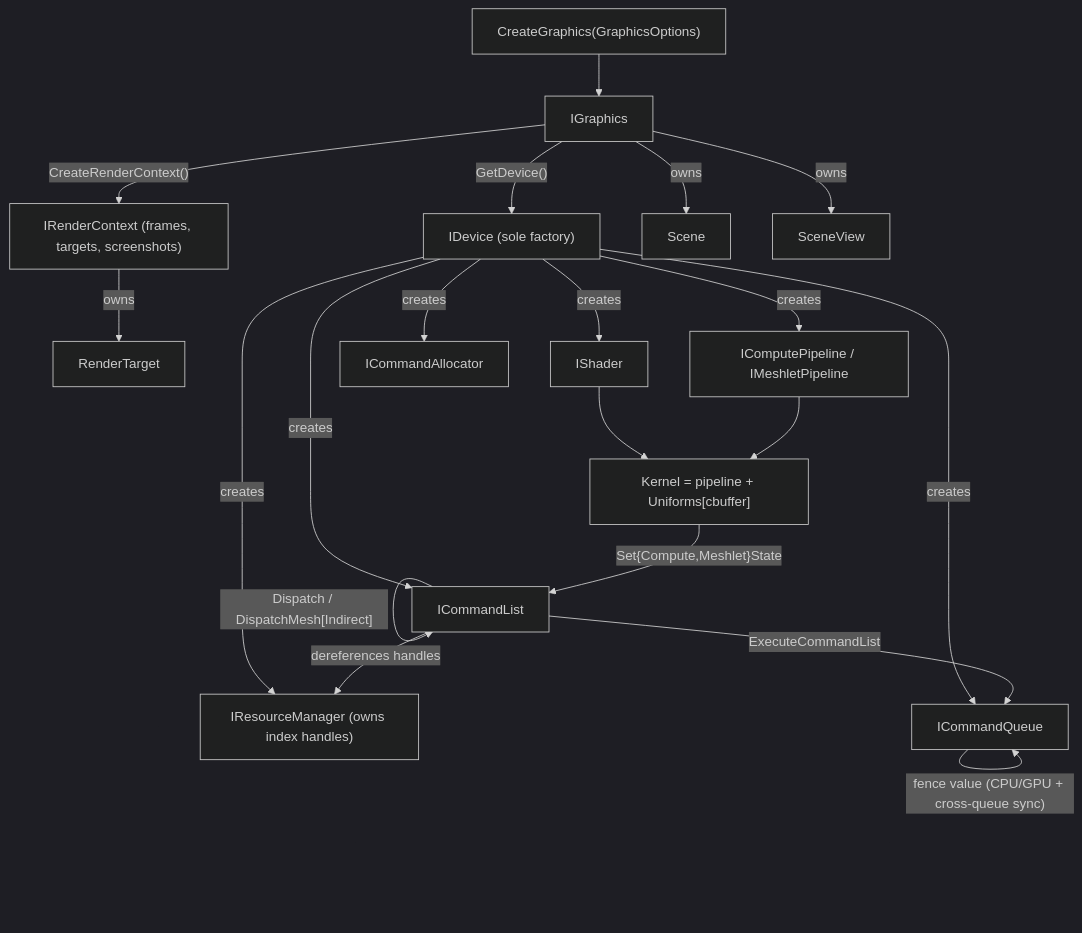
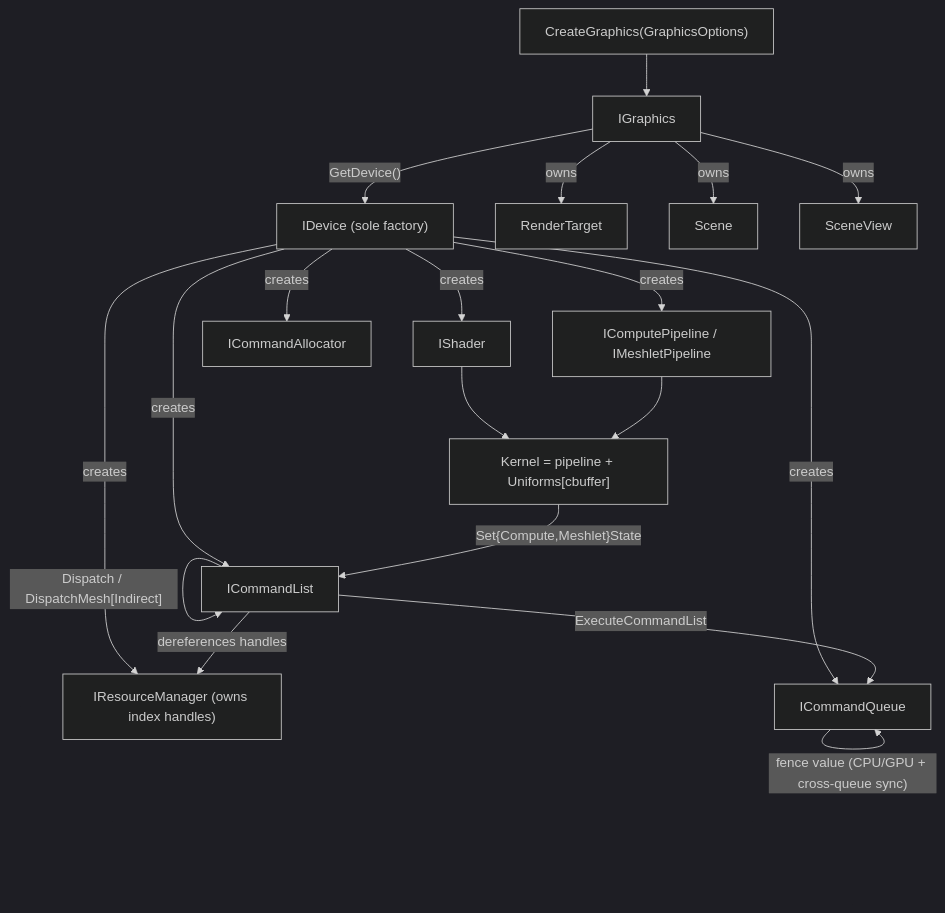
Before and after one commit to alexjiang200407/bernini: the diagram in docs/rhi.md, drawn with Mermaid (dark theme). The commit also changed other lines of this file and 39 other files, not shown here.

````diff
--- a/docs/rhi.md
+++ b/docs/rhi.md
@@ -130,26 +133,25 @@
 ```mermaid
 flowchart TD
     CG["CreateGraphics(GraphicsOptions)"] --> IG[IGraphics]
     IG -- "GetDevice()" --> DEV["IDevice (sole factory)"]
 
-    IG -- "CreateRenderContext()" --> RC["IRenderContext (frames, targets, screenshots)"]
-    RC -- owns --> RT[RenderTarget]
+    IG -- owns --> RT[RenderTarget]
     IG -- owns --> SC[Scene]
     IG -- owns --> SV[SceneView]
 
     DEV -- creates --> SH[IShader]
     DEV -- creates --> PIPE["IComputePipeline / IMeshletPipeline"]
     DEV -- creates --> CQ[ICommandQueue]
     DEV -- creates --> CL[ICommandList]
     DEV -- creates --> CA[ICommandAllocator]
     DEV -- creates --> RM["IResourceManager (owns index handles)"]
 
     SH --> KERNEL["Kernel = pipeline + Uniforms[cbuffer]"]
     PIPE --> KERNEL
 
     KERNEL -- "Set{Compute,Meshlet}State" --> CL
     CL -- "Dispatch / DispatchMesh[Indirect]" --> CL
     CL -- ExecuteCommandList --> CQ
     CQ -- "fence value (CPU/GPU + cross-queue sync)" --> CQ
     CL -- "dereferences handles" --> RM
 ```
````
